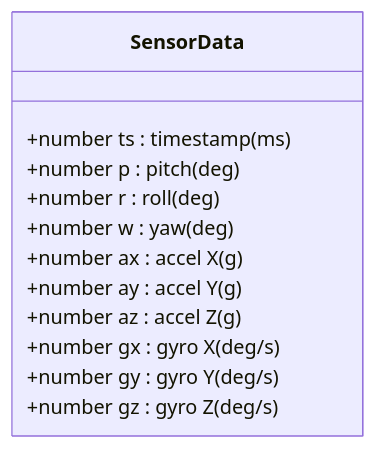
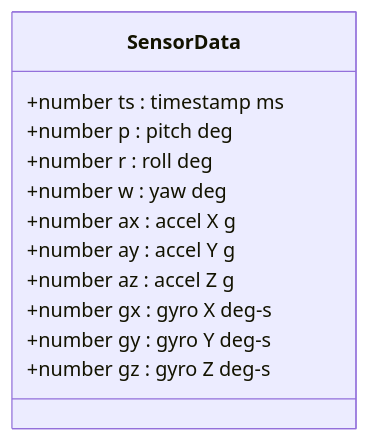
Before and after one commit to geoaxis/ble-kafka-digitaltwin: the second of 6 diagrams in docs/ARCHITECTURE.md, drawn with Mermaid. The commit also changed other lines of this file and 2 other files, not shown here.

````diff
--- a/docs/ARCHITECTURE.md
+++ b/docs/ARCHITECTURE.md
@@ -34,15 +34,15 @@
 ```mermaid
 classDiagram
     class SensorData {
-        +number ts : timestamp (ms)
-        +number p : pitch (deg)
-        +number r : roll (deg)
-        +number w : yaw (deg)
-        +number ax : accel X (g)
-        +number ay : accel Y (g)
-        +number az : accel Z (g)
-        +number gx : gyro X (deg/s)
-        +number gy : gyro Y (deg/s)
-        +number gz : gyro Z (deg/s)
+        +number ts : timestamp ms
+        +number p : pitch deg
+        +number r : roll deg
+        +number w : yaw deg
+        +number ax : accel X g
+        +number ay : accel Y g
+        +number az : accel Z g
+        +number gx : gyro X deg-s
+        +number gy : gyro Y deg-s
+        +number gz : gyro Z deg-s
     }
 ```
````
